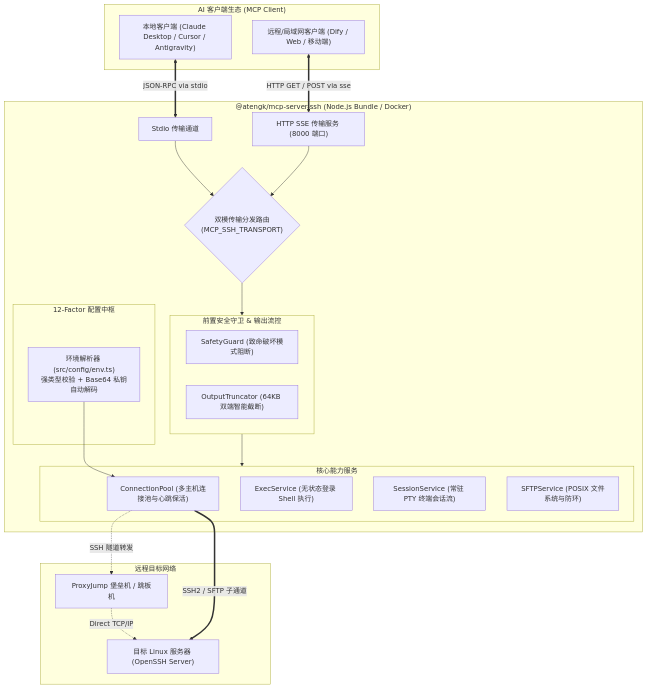
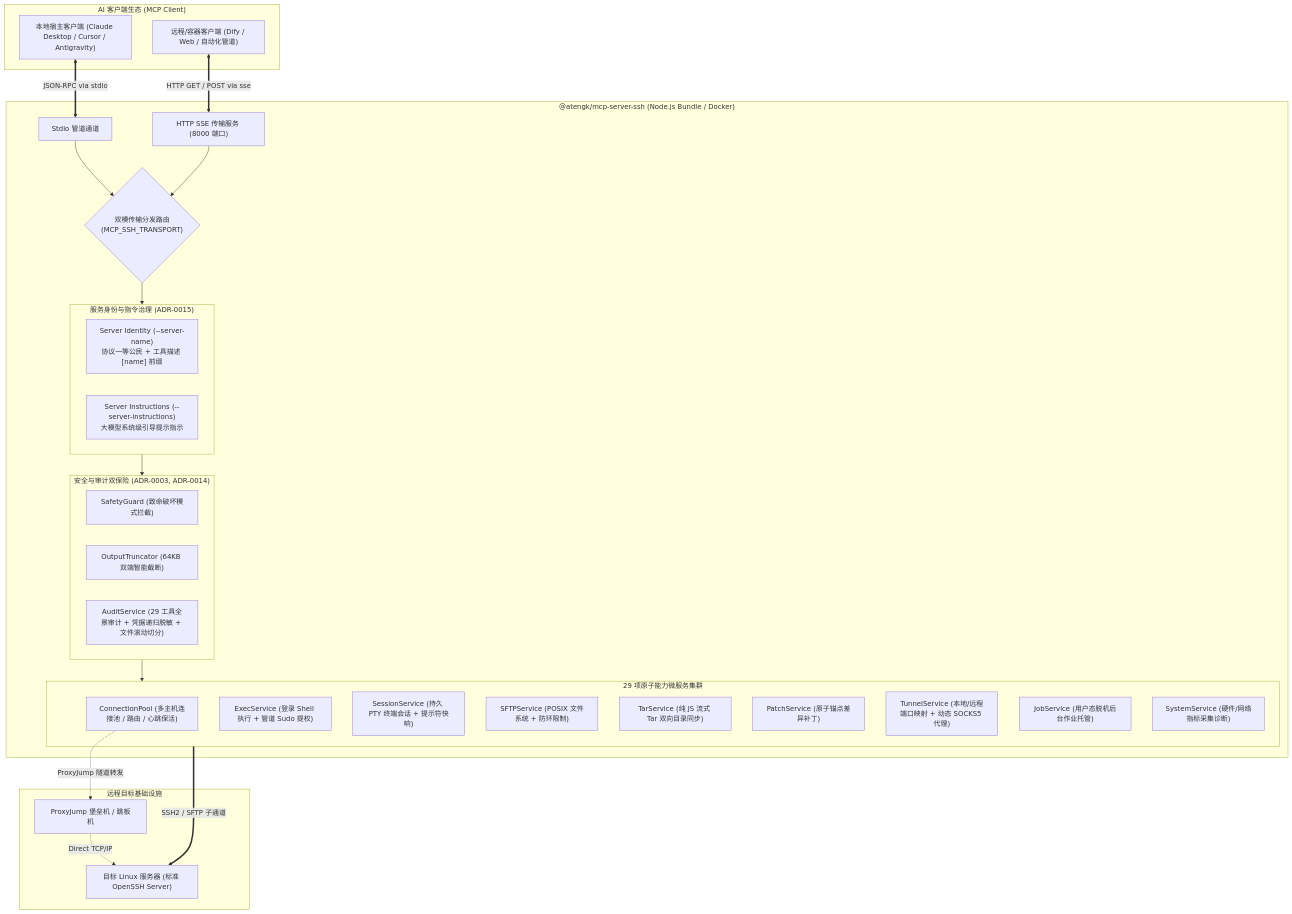
The diagram in README.md (atengk/mcp-server-ssh), drawn with Mermaid before and after one commit. The commit also changed other lines of this file, not shown here.

````diff
--- a/README.md
+++ b/README.md
@@ -465,45 +615,52 @@
 ```mermaid
 flowchart TD
     subgraph ClientSide ["AI 客户端生态 (MCP Client)"]
-        LocalClient["本地客户端 (Claude Desktop / Cursor / Antigravity)"]
-        RemoteClient["远程/局域网客户端 (Dify / Web / 移动端)"]
+        LocalClient["本地宿主客户端 (Claude Desktop / Cursor / Antigravity)"]
+        RemoteClient["远程/容器客户端 (Dify / Web / 自动化管道)"]
     end
     
     subgraph MCP_Server["@atengk/mcp-server-ssh (Node.js Bundle / Docker)"]
         Transport{"双模传输分发路由\n(MCP_SSH_TRANSPORT)"}
-        Stdio["Stdio 传输通道"]
+        Stdio["Stdio 管道通道"]
         SSE["HTTP SSE 传输服务 (8000 端口)"]
         
-        subgraph Config_Module["12-Factor 配置中枢"]
-            Env["环境解析器 (src/config/env.ts)\n强类型校验 + Base64 私钥自动解码"]
+        subgraph Multi_Instance["服务身份与指令治理 (ADR-0015)"]
+            Identity["Server Identity (--server-name)\n协议一等公民 + 工具描述 [name] 前缀"]
+            Instructions["Server Instructions (--server-instructions)\n大模型系统级引导提示指示"]
         end
 
-        subgraph Safety_Module["前置安全守卫 & 输出流控"]
-            Guard["SafetyGuard (致命破坏模式阻断)"]
+        subgraph Security_Audit["安全与审计双保险 (ADR-0003, ADR-0014)"]
+            Guard["SafetyGuard (致命破坏模式拦截)"]
             Truncator["OutputTruncator (64KB 双端智能截断)"]
+            Audit["AuditService (29 工具全景审计 + 凭据递归脱敏 + 文件滚动切分)"]
         end
         
-        subgraph Core_Services["核心能力服务"]
-            ConnPool["ConnectionPool (多主机连接池与心跳保活)"]
-            Exec["ExecService (无状态登录 Shell 执行)"]
-            Session["SessionService (常驻 PTY 终端会话流)"]
-            SFTP["SFTPService (POSIX 文件系统与防环)"]
+        subgraph Core_Services["29 项原子能力微服务集群"]
+            ConnPool["ConnectionPool (多主机连接池 / 路由 / 心跳保活)"]
+            Exec["ExecService (登录 Shell 执行 + 管道 Sudo 提权)"]
+            Session["SessionService (持久 PTY 终端会话 + 提示符快响)"]
+            SFTP["SFTPService (POSIX 文件系统 + 防环限制)"]
+            TarStream["TarService (纯 JS 流式 Tar 双向目录同步)"]
+            Patcher["PatchService (原子锚点差异补丁)"]
+            Tunnel["TunnelService (本地/远程端口映射 + 动态 SOCKS5 代理)"]
+            Job["JobService (用户态脱机后台作业托管)"]
+            System["SystemService (硬件/网络指标采集诊断)"]
         end
     end
     
-    subgraph Remote_Network["远程目标网络"]
+    subgraph Remote_Network["远程目标基础设施"]
         Bastion["ProxyJump 堡垒机 / 跳板机"]
-        LinuxHost["目标 Linux 服务器 (OpenSSH Server)"]
+        LinuxHost["目标 Linux 服务器 (标准 OpenSSH Server)"]
     end
     
     LocalClient <==>|JSON-RPC via stdio| Stdio
     RemoteClient <==>|HTTP GET / POST via sse| SSE
     Stdio --> Transport
     SSE --> Transport
-    Env --> ConnPool
-    Transport --> Safety_Module
-    Safety_Module --> Core_Services
-    ConnPool -.->|SSH 隧道转发| Bastion
+    Transport --> Multi_Instance
+    Multi_Instance --> Security_Audit
+    Security_Audit --> Core_Services
+    ConnPool -.->|ProxyJump 隧道转发| Bastion
     Bastion -.->|Direct TCP/IP| LinuxHost
-    ConnPool ===>|SSH2 / SFTP 子通道| LinuxHost
+    Core_Services ===>|SSH2 / SFTP 子通道| LinuxHost
 ```
````
